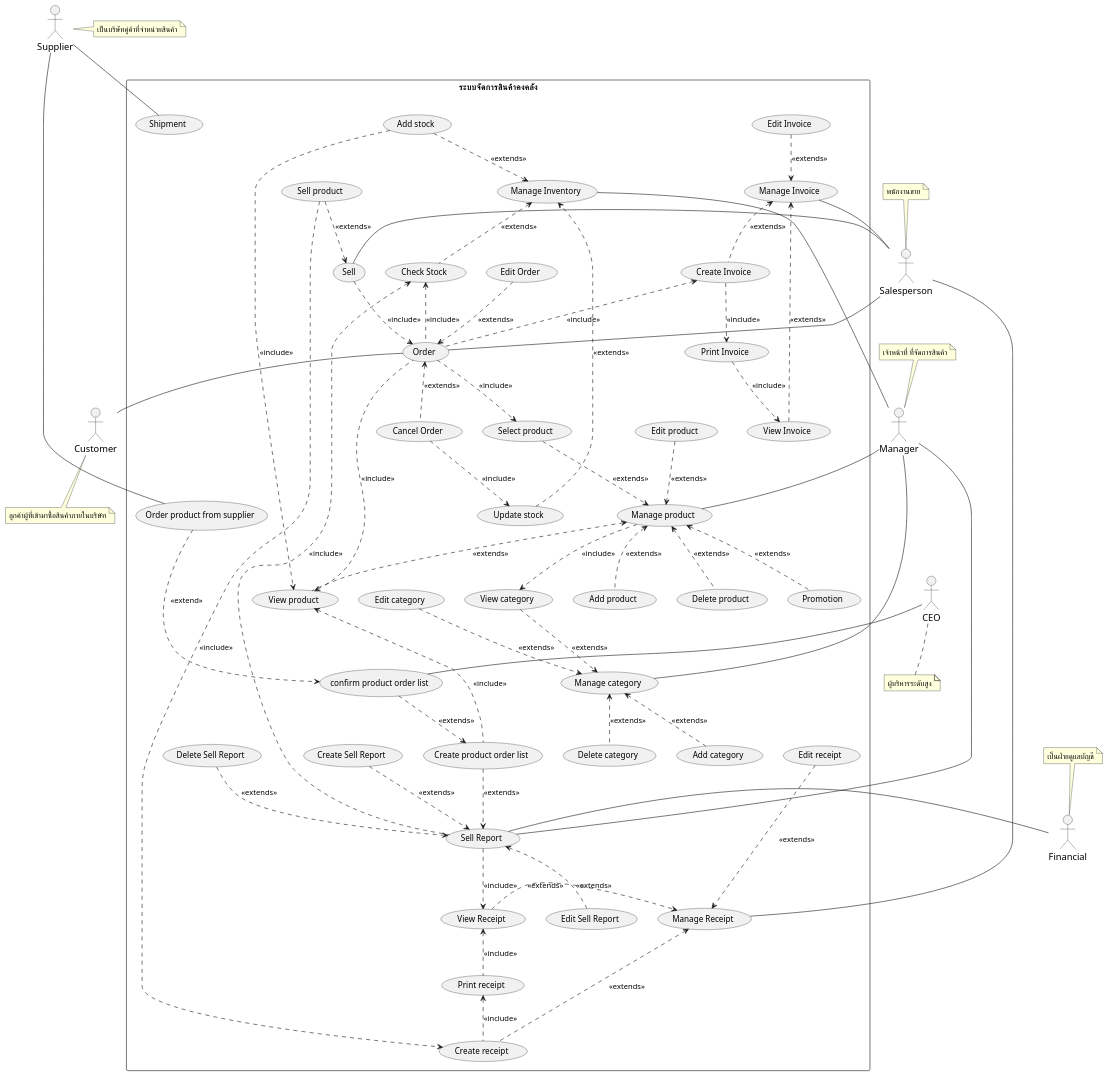
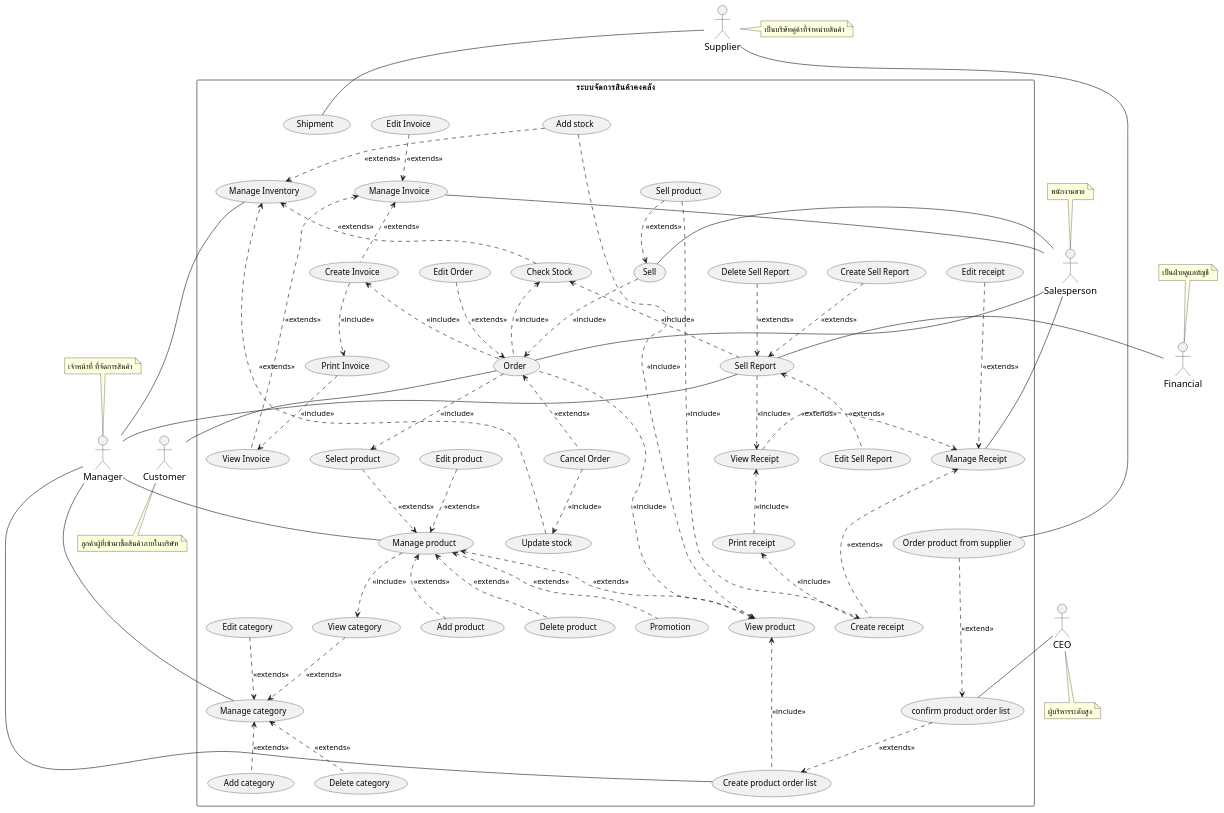
One commit to billowdev/inventory-system-plantuml-sequelize-seeder-example changed the diagram in system-analysis/usecase/_0_usecase-diagram.puml. Above: the diagram before and after it, drawn with PlantUML.

```diff
--- a/system-analysis/usecase/_0_usecase-diagram.puml
+++ b/system-analysis/usecase/_0_usecase-diagram.puml
@@ -211,7 +211,6 @@
 
     (usecaseSellReport) ..> (usecaseViewReceipt)    : <<include>>
     (usecaseCheckStock)  <.. (usecaseSellReport)  : <<include>>
-    (usecaseCreateProductOrderList) ..>  (usecaseSellReport)   : <<extends>>
 
     (usecaseCreateSellReport) ..>  (usecaseSellReport)   : <<extends>>
     (usecaseSellReport)   <.. (usecaseEditSellReport)   : <<extends>>
@@ -223,7 +222,7 @@
    
     actorSupplier -- (usecaseOrderProductFromSupplier)
     actorCEO -- (usecaseConfirmOrderList)
-
+     (usecaseCreateProductOrderList) -- actorManager
 
 
 
```
